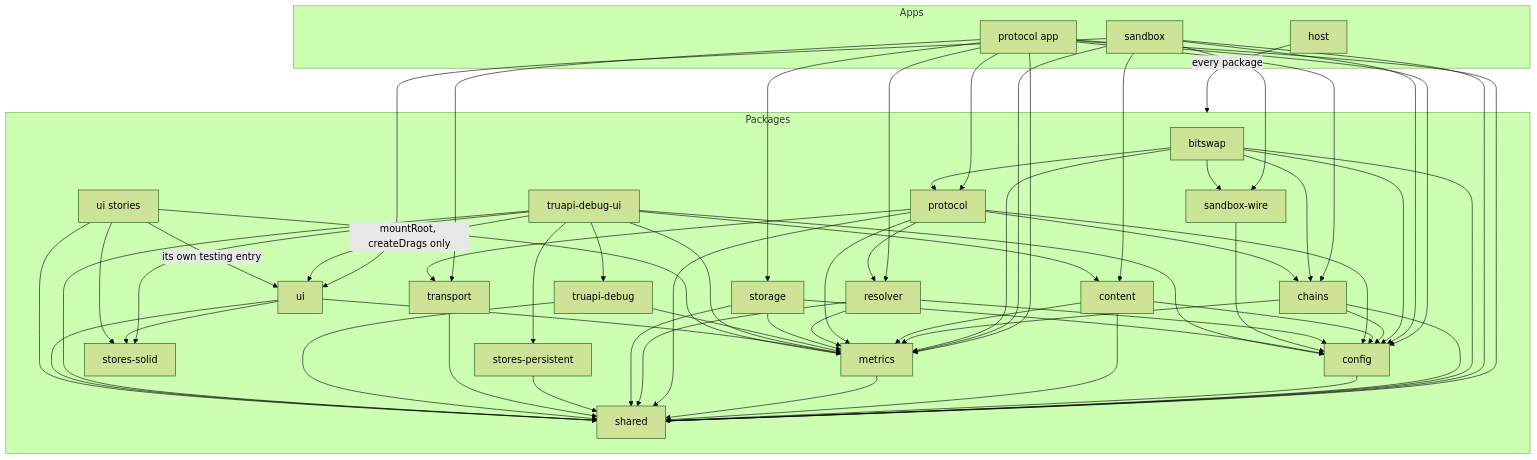
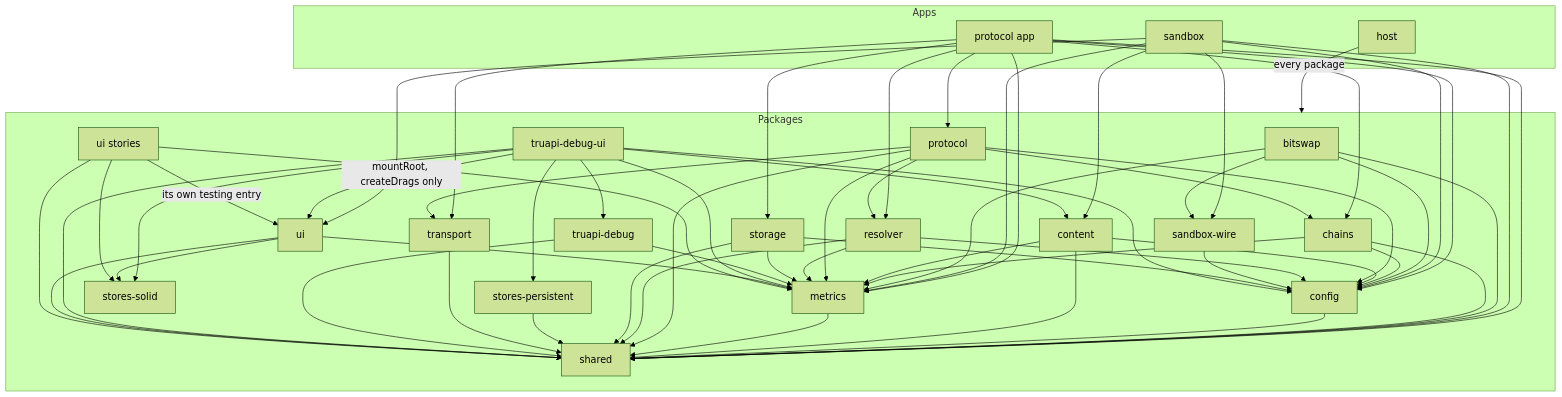
Before and after one commit to paritytech/dotli-community: the first of 2 diagrams in docs/code/placement.md, drawn with Mermaid (forest theme). The commit also changed 425 other files, not shown here.

````diff
--- a/docs/code/placement.md
+++ b/docs/code/placement.md
@@ -18,48 +18,48 @@
 ```mermaid
 flowchart TD
   subgraph apps [Apps]
     host[host]
     protocolApp[protocol app]
     sandbox[sandbox]
   end
   subgraph packages [Packages]
     bitswap[bitswap]
     chains[chains]
     config[config]
     content[content]
     metrics[metrics]
     protocol[protocol]
     resolver[resolver]
     sandboxWire[sandbox-wire]
     shared[shared]
     storage[storage]
     storesPersistent[stores-persistent]
     storesSolid[stores-solid]
     transport[transport]
     truapiDebug[truapi-debug]
     truapiDebugUi[truapi-debug-ui]
     ui[ui]
     uiStories[ui stories]
   end
   host -->|every package| packages
   protocolApp --> chains & config & metrics & protocol & resolver & shared & storage & transport
   sandbox --> config & content & metrics & sandboxWire & shared & ui
-  bitswap --> chains & config & metrics & protocol & sandboxWire & shared
+  bitswap --> config & metrics & sandboxWire & shared
   chains --> config & metrics & shared
   config --> shared
   content --> config & metrics & shared
   metrics --> shared
   protocol --> chains & config & metrics & resolver & shared & transport
   resolver --> config & metrics & shared
   sandboxWire --> config
   storage --> config & metrics & shared
   storesPersistent --> shared
   transport --> shared
   truapiDebug --> metrics & shared
   truapiDebugUi --> config & content & metrics & shared & truapiDebug
   truapiDebugUi --> storesSolid & storesPersistent
   truapiDebugUi -->|mountRoot, createDrags only| ui
   ui --> metrics & shared & storesSolid
   uiStories --> metrics & shared & storesSolid
   uiStories -->|its own testing entry| ui
 ```
````
